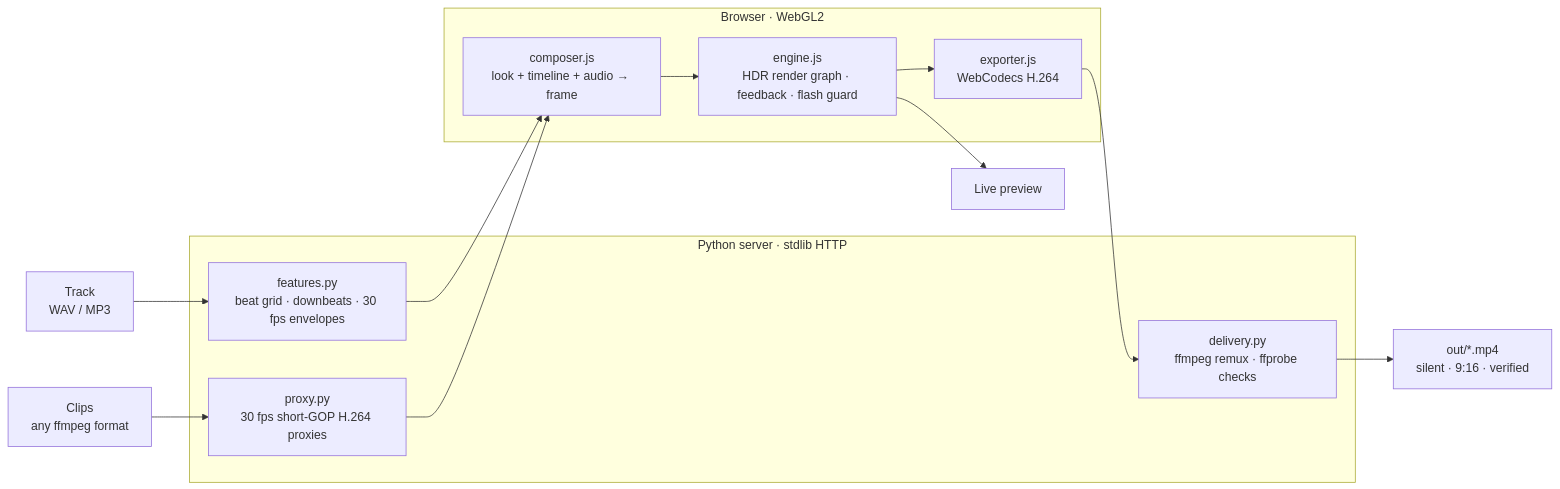
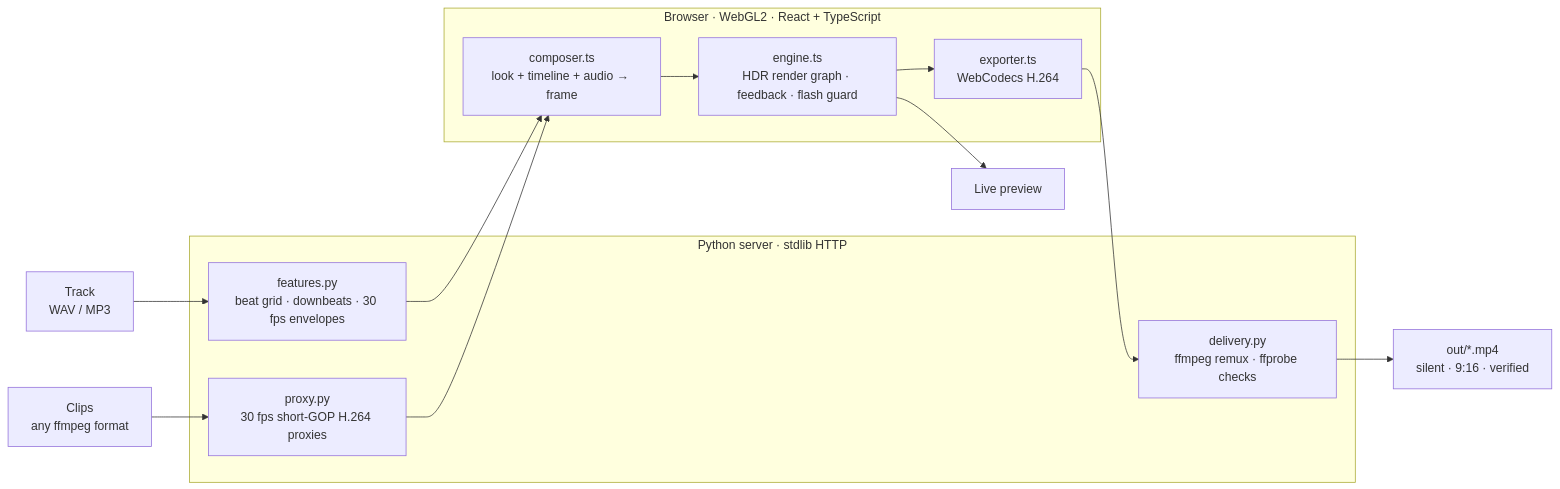
One commit to J-Reed700/canvas changed the diagram in README.md. Above: the diagram before and after it, drawn with Mermaid. The commit also changed other lines of this file and 98 other files, not shown here.

First line of the commit message:
Rename to Downbeat, rebuild the studio in React, add library tools

````diff
--- a/README.md
+++ b/README.md
@@ -193,22 +432,22 @@
 ```mermaid
 flowchart LR
     A["Track<br/>WAV / MP3"] --> F
     V["Clips<br/>any ffmpeg format"] --> P
 
     subgraph Server["Python server · stdlib HTTP"]
         F["features.py<br/>beat grid · downbeats · 30 fps envelopes"]
         P["proxy.py<br/>30 fps short-GOP H.264 proxies"]
         D["delivery.py<br/>ffmpeg remux · ffprobe checks"]
     end
 
-    subgraph Studio["Browser · WebGL2"]
-        C["composer.js<br/>look + timeline + audio → frame"]
-        E["engine.js<br/>HDR render graph · feedback · flash guard"]
-        X["exporter.js<br/>WebCodecs H.264"]
+    subgraph Studio["Browser · WebGL2 · React + TypeScript"]
+        C["composer.ts<br/>look + timeline + audio → frame"]
+        E["engine.ts<br/>HDR render graph · feedback · flash guard"]
+        X["exporter.ts<br/>WebCodecs H.264"]
     end
 
     F --> C
     P --> C
     C --> E --> L["Live preview"]
     E --> X --> D --> O["out/*.mp4<br/>silent · 9:16 · verified"]
 ```
````
